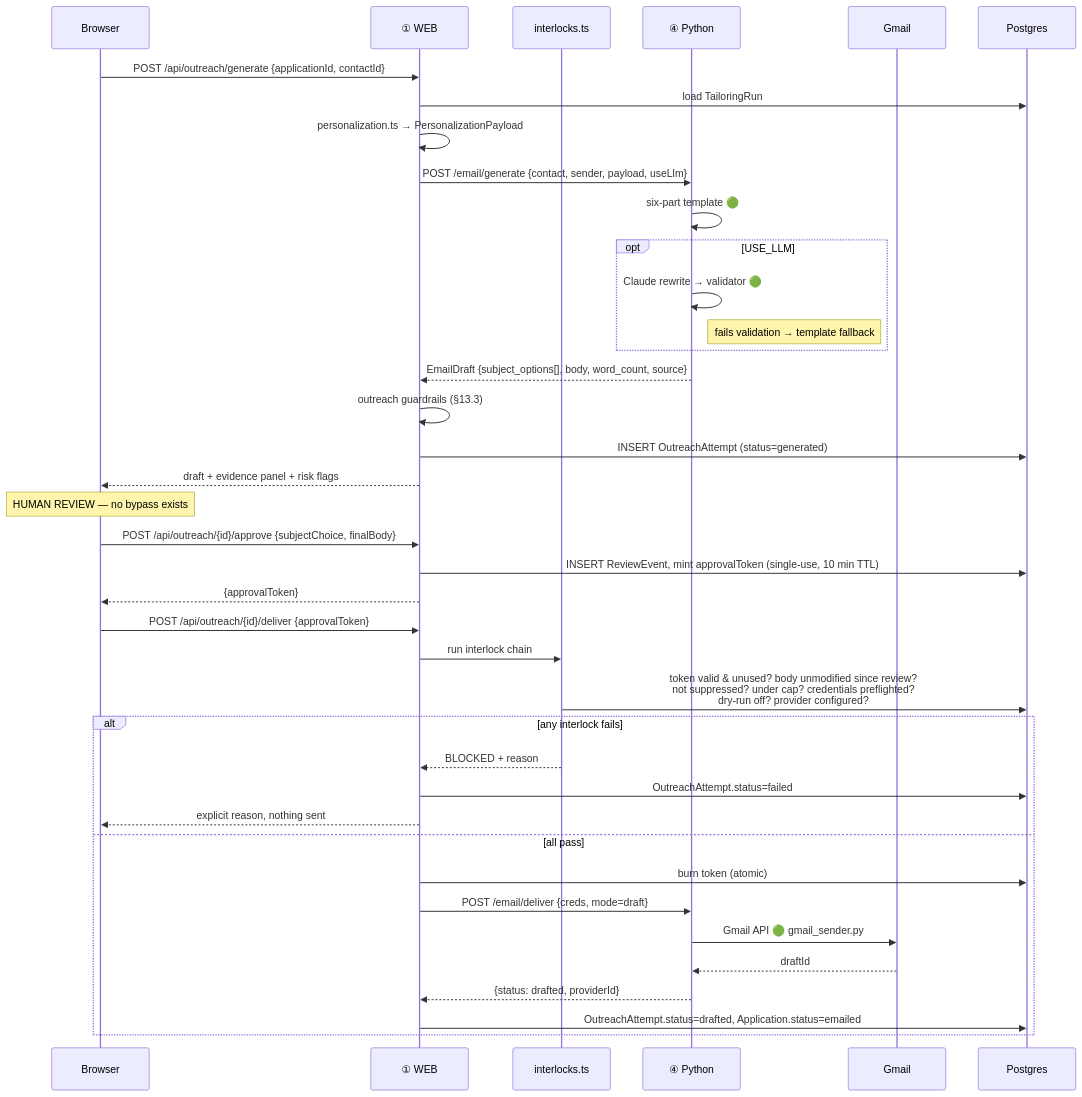
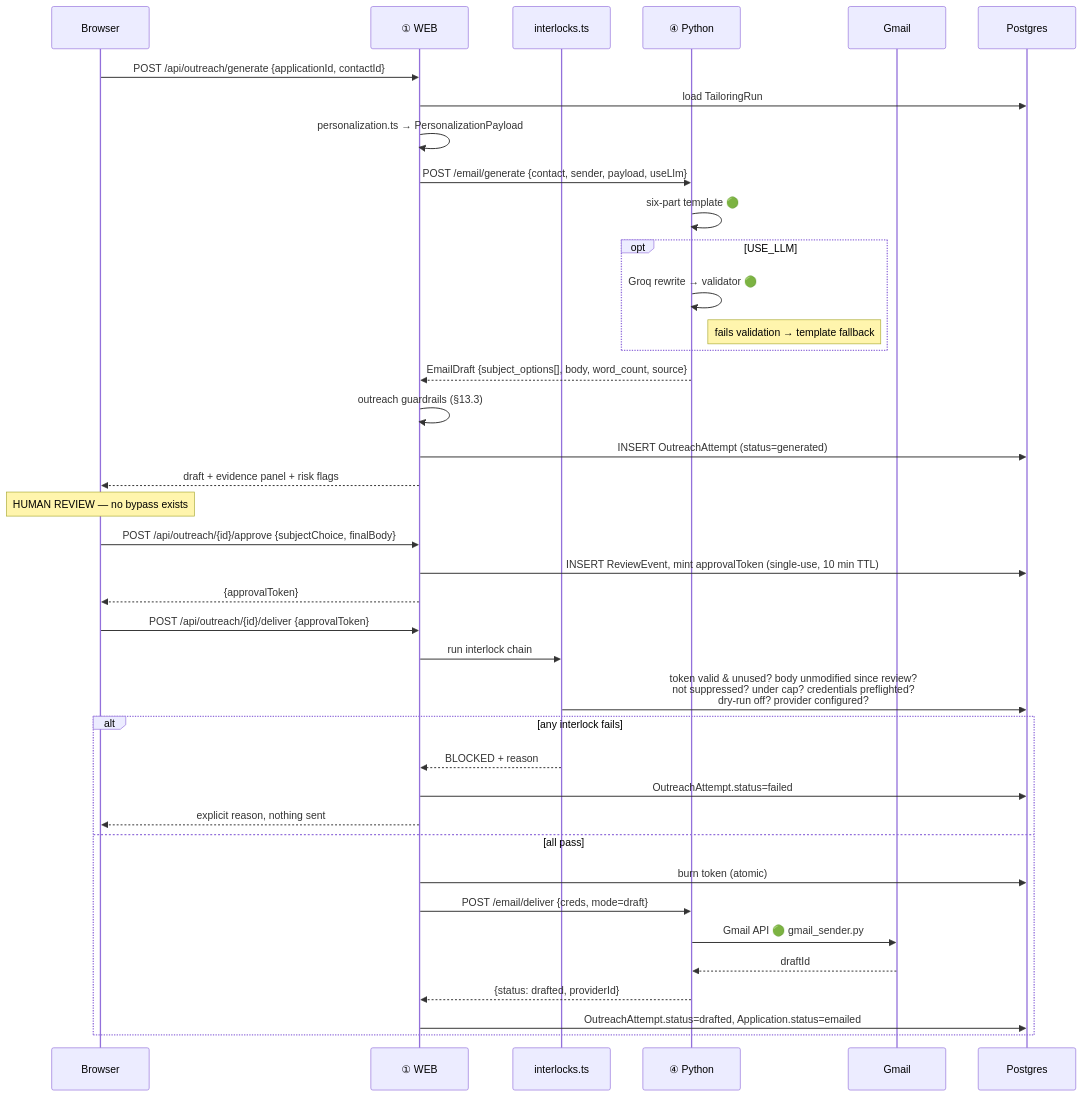
One commit to Gaurav-1008/JobPilot changed the fourth of 5 diagrams in docs/architecture.md. Above: the diagram before and after it, drawn with Mermaid. The commit also changed other lines of this file and 10 other files, not shown here.

````diff
--- a/docs/architecture.md
+++ b/docs/architecture.md
@@ -376,44 +376,44 @@
 ```mermaid
 sequenceDiagram
     participant B as Browser
     participant W as ① WEB
     participant I as interlocks.ts
     participant P as ④ Python
     participant G as Gmail
     participant DB as Postgres
 
     B->>W: POST /api/outreach/generate {applicationId, contactId}
     W->>DB: load TailoringRun
     W->>W: personalization.ts → PersonalizationPayload
     W->>P: POST /email/generate {contact, sender, payload, useLlm}
     P->>P: six-part template 🟢
     opt USE_LLM
-        P->>P: Claude rewrite → validator 🟢
+        P->>P: Groq rewrite → validator 🟢
         Note right of P: fails validation → template fallback
     end
     P-->>W: EmailDraft {subject_options[], body, word_count, source}
     W->>W: outreach guardrails (§13.3)
     W->>DB: INSERT OutreachAttempt (status=generated)
     W-->>B: draft + evidence panel + risk flags
 
     Note over B: HUMAN REVIEW — no bypass exists
     B->>W: POST /api/outreach/{id}/approve {subjectChoice, finalBody}
     W->>DB: INSERT ReviewEvent, mint approvalToken (single-use, 10 min TTL)
     W-->>B: {approvalToken}
 
     B->>W: POST /api/outreach/{id}/deliver {approvalToken}
     W->>I: run interlock chain
     I->>DB: token valid & unused? body unmodified since review?<br/>not suppressed? under cap? credentials preflighted?<br/>dry-run off? provider configured?
     alt any interlock fails
         I-->>W: BLOCKED + reason
         W->>DB: OutreachAttempt.status=failed
         W-->>B: explicit reason, nothing sent
     else all pass
         W->>DB: burn token (atomic)
         W->>P: POST /email/deliver {creds, mode=draft}
         P->>G: Gmail API 🟢 gmail_sender.py
         G-->>P: draftId
         P-->>W: {status: drafted, providerId}
         W->>DB: OutreachAttempt.status=drafted, Application.status=emailed
     end
 ```
````
